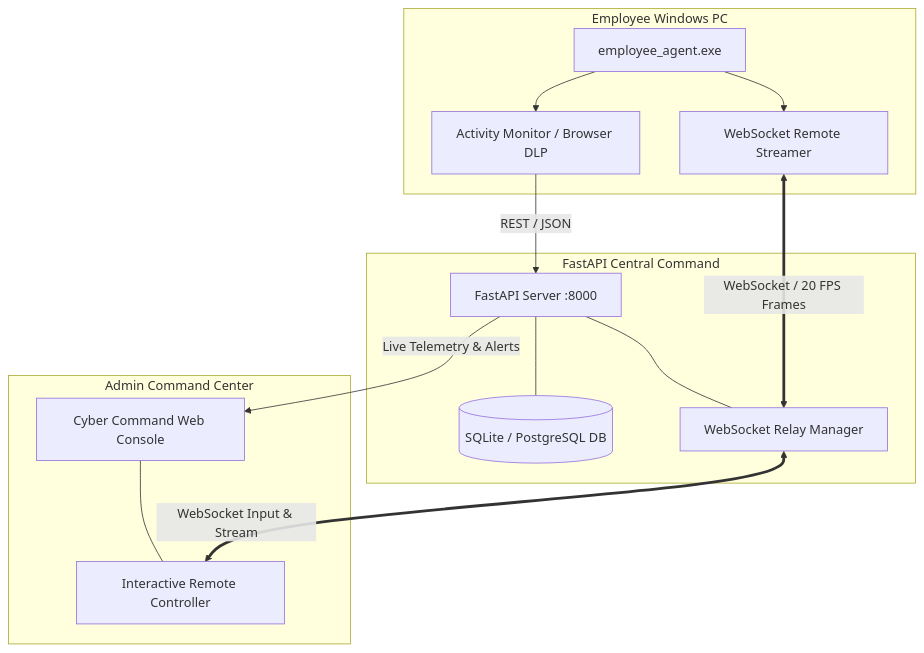
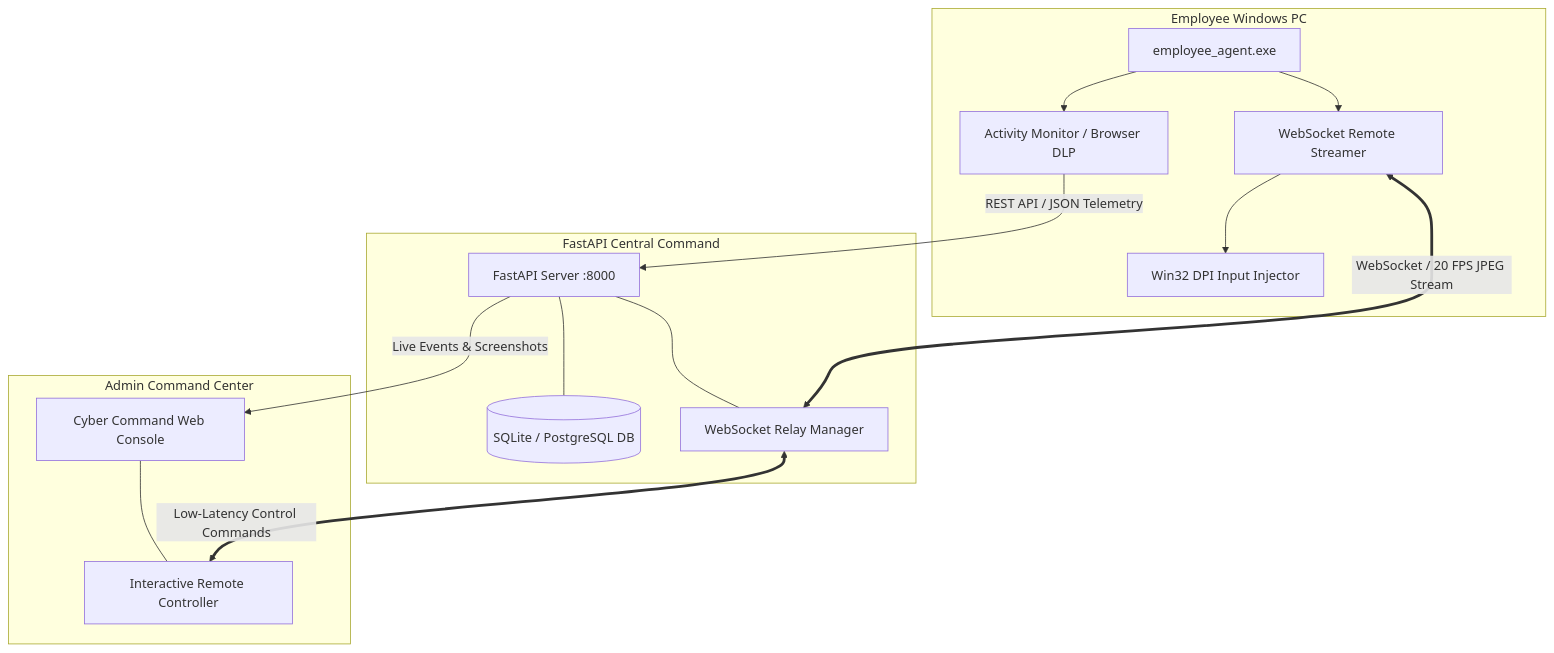
One commit to AdeenaRamzan/Enterprise-Endpoint-Monitoring-System changed the diagram in README.md. Above: the diagram before and after it, drawn with Mermaid. The commit also changed other lines of this file and 5 other files, not shown here.

````diff
--- a/README.md
+++ b/README.md
@@ -50,29 +69,34 @@
 ```mermaid
 flowchart TB
     subgraph Target Machine [Employee Windows PC]
         Agent[employee_agent.exe]
         ActMon[Activity Monitor / Browser DLP]
         RemoteAgent[WebSocket Remote Streamer]
+        WinAPI[Win32 DPI Input Injector]
+        
         Agent --> ActMon
         Agent --> RemoteAgent
+        RemoteAgent --> WinAPI
     end
 
     subgraph Backend Server [FastAPI Central Command]
         Server[FastAPI Server :8000]
         DB[(SQLite / PostgreSQL DB)]
         WSHandler[WebSocket Relay Manager]
+        
         Server --- DB
         Server --- WSHandler
     end
 
     subgraph IT Console [Admin Command Center]
         WebUI[Cyber Command Web Console]
         RemoteConsole[Interactive Remote Controller]
+        
         WebUI --- RemoteConsole
     end
 
-    ActMon -- REST / JSON --> Server
-    RemoteAgent <== WebSocket / 20 FPS Frames ==> WSHandler
-    WSHandler <== WebSocket Input & Stream ==> RemoteConsole
-    Server -- Live Telemetry & Alerts --> WebUI
+    ActMon -- REST API / JSON Telemetry --> Server
+    RemoteAgent <== WebSocket / 20 FPS JPEG Stream ==> WSHandler
+    WSHandler <== Low-Latency Control Commands ==> RemoteConsole
+    Server -- Live Events & Screenshots --> WebUI
 ```
````
